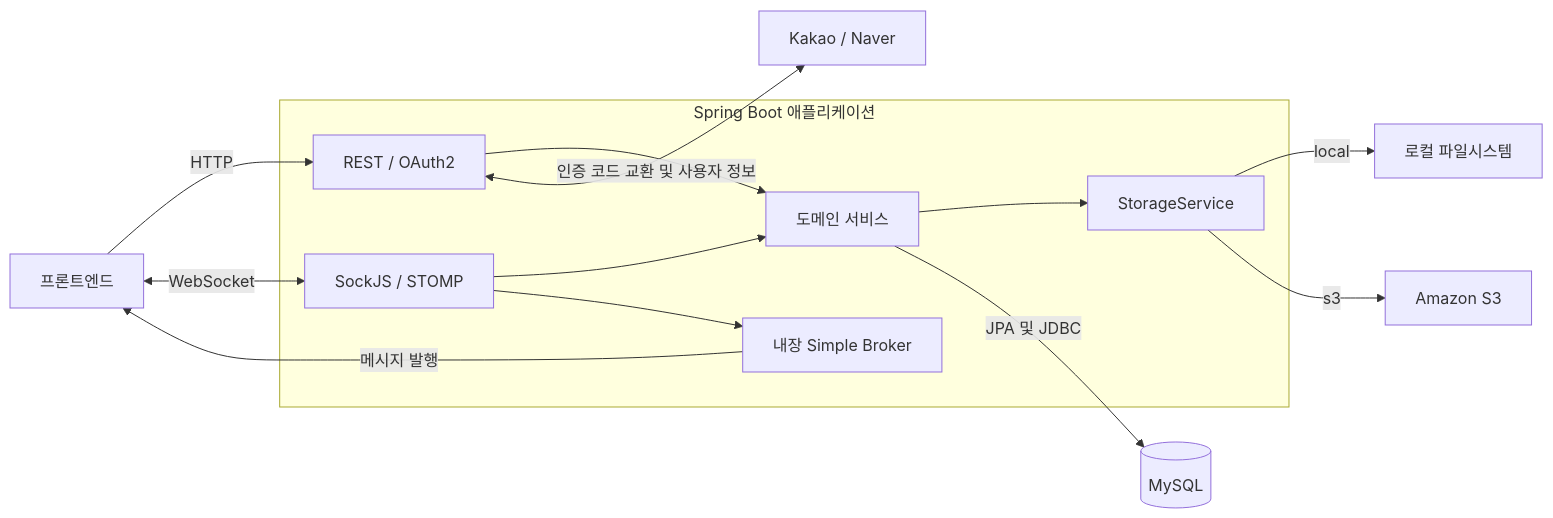
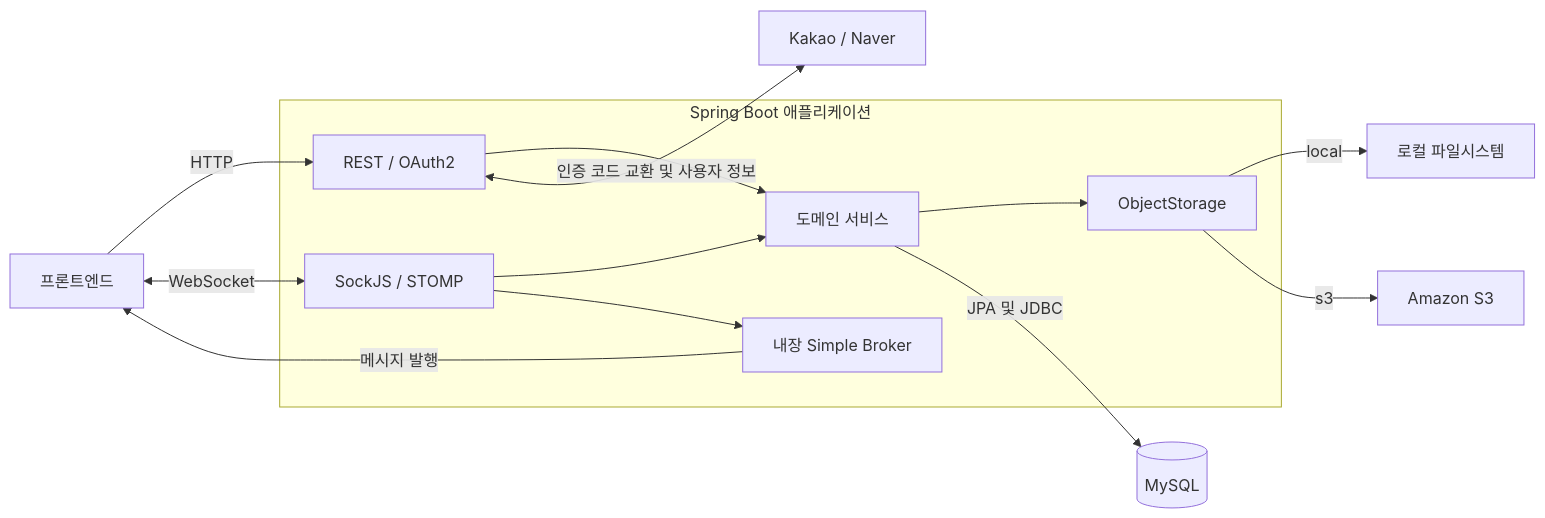
Before and after one commit to RGB234/marigold_server: the first of 2 diagrams in docs/architecture.md, drawn with Mermaid. The commit also changed other lines of this file and 31 other files, not shown here.

First line of the commit message:
refactor(storage): 파일 본문 저장소를 ObjectStorage로 이름 바꾸고 objectstore 패키지로 분리한다

````diff
--- a/docs/architecture.md
+++ b/docs/architecture.md
@@ -11,22 +11,22 @@
 ```mermaid
 flowchart LR
     Client["프론트엔드"]
     subgraph Backend["Spring Boot 애플리케이션"]
         HTTP["REST / OAuth2"]
         WS["SockJS / STOMP"]
         Services["도메인 서비스"]
         Broker["내장 Simple Broker"]
-        Storage["StorageService"]
+        Storage["ObjectStorage"]
         HTTP --> Services
         WS --> Services
         WS --> Broker
         Services --> Storage
     end
     Client -->|HTTP| HTTP
     Client <-->|WebSocket| WS
     Broker -->|메시지 발행| Client
     HTTP <-->|인증 코드 교환 및 사용자 정보| OAuth["Kakao / Naver"]
     Services -->|JPA 및 JDBC| DB[("MySQL")]
     Storage -->|local| Local["로컬 파일시스템"]
     Storage -->|s3| S3["Amazon S3"]
 ```
````
